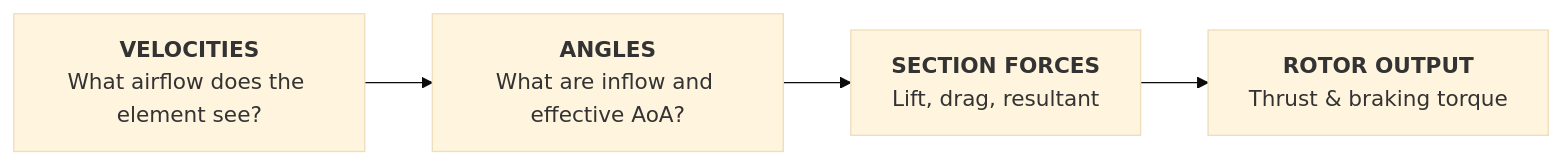
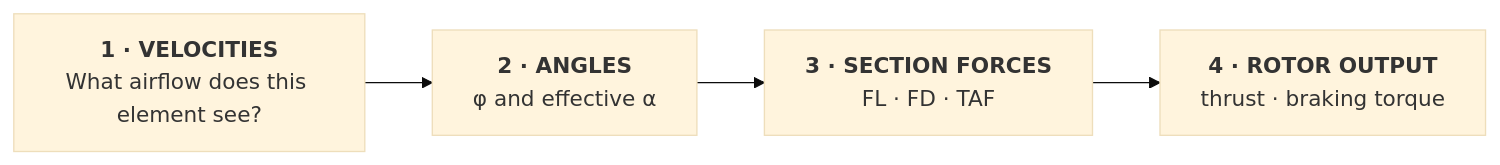
Before and after one commit to ZanneRay/ATPL-H-Learning-Ecosystem: the first of 6 diagrams in docs/curriculum/MODULE-1-BLUEPRINT.md, drawn with Mermaid (base theme). The commit also changed other lines of this file, not shown here.

````diff
--- a/docs/curriculum/MODULE-1-BLUEPRINT.md
+++ b/docs/curriculum/MODULE-1-BLUEPRINT.md
@@ -11,6 +46,6 @@
 ```mermaid
 flowchart LR
-    V["<b>VELOCITIES</b><br/>What airflow does the element see?"] --> A["<b>ANGLES</b><br/>What are inflow and effective AoA?"]
-    A --> F["<b>SECTION FORCES</b><br/>Lift, drag, resultant"]
-    F --> R["<b>ROTOR OUTPUT</b><br/>Thrust & braking torque"]
+    V["<b>1 · VELOCITIES</b><br/>What airflow does this element see?"] --> A["<b>2 · ANGLES</b><br/>φ and effective α"]
+    A --> F["<b>3 · SECTION FORCES</b><br/>FL · FD · TAF"]
+    F --> R["<b>4 · ROTOR OUTPUT</b><br/>thrust · braking torque"]
 ```
````
